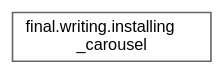
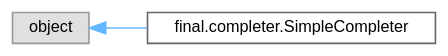
One commit to GrenManSK/final changed the diagram in inherit_graph_11.dot. Above: the diagram before and after it, drawn with Graphviz. The commit also changed 151 other files, not shown here.

```diff
--- a/inherit_graph_11.dot
+++ b/inherit_graph_11.dot
@@ -1,9 +1,11 @@
 digraph "Graphical Class Hierarchy"
 {
  // LATEX_PDF_SIZE
   bgcolor="transparent";
   edge [fontname=Helvetica,fontsize=10,labelfontname=Helvetica,labelfontsize=10];
   node [fontname=Helvetica,fontsize=10,shape=box,height=0.2,width=0.4];
   rankdir="LR";
-  Node0 [label="final.writing.installing\l_carousel",height=0.2,width=0.4,color="grey40", fillcolor="white", style="filled",URL="$d7/df7/classfinal_1_1writing_1_1installing__carousel.html",tooltip=" "];
+  Node0 [label="object",height=0.2,width=0.4,color="grey60", fillcolor="#E0E0E0", style="filled",tooltip=" "];
+  Node0 -> Node1 [dir="back",color="steelblue1",style="solid"];
+  Node1 [label="final.completer.SimpleCompleter",height=0.2,width=0.4,color="grey40", fillcolor="white", style="filled",URL="$d2/d71/classfinal_1_1completer_1_1_simple_completer.html",tooltip=" "];
 }
```
